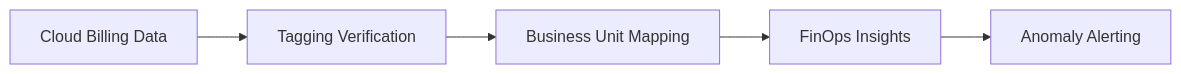
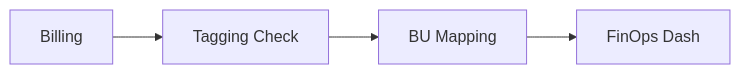
Before and after one commit to Devopstrio/hybrid-landingzone: the eighth of 30 diagrams in README.md, drawn with Mermaid. The commit also changed other lines of this file, not shown here.

Commit message:
docs: expand README with 30+ architectural diagrams

````diff
--- a/README.md
+++ b/README.md
@@ -191,7 +92,6 @@
 ```mermaid
 graph LR
-    Bill[Cloud Billing Data] --> Tag[Tagging Verification]
-    Tag --> Map[Business Unit Mapping]
-    Map --> Dashboard[FinOps Insights]
-    Dashboard --> Budget[Anomaly Alerting]
+    Bill[Billing] --> Tag[Tagging Check]
+    Tag --> Map[BU Mapping]
+    Map --> Dash[FinOps Dash]
 ```
````
